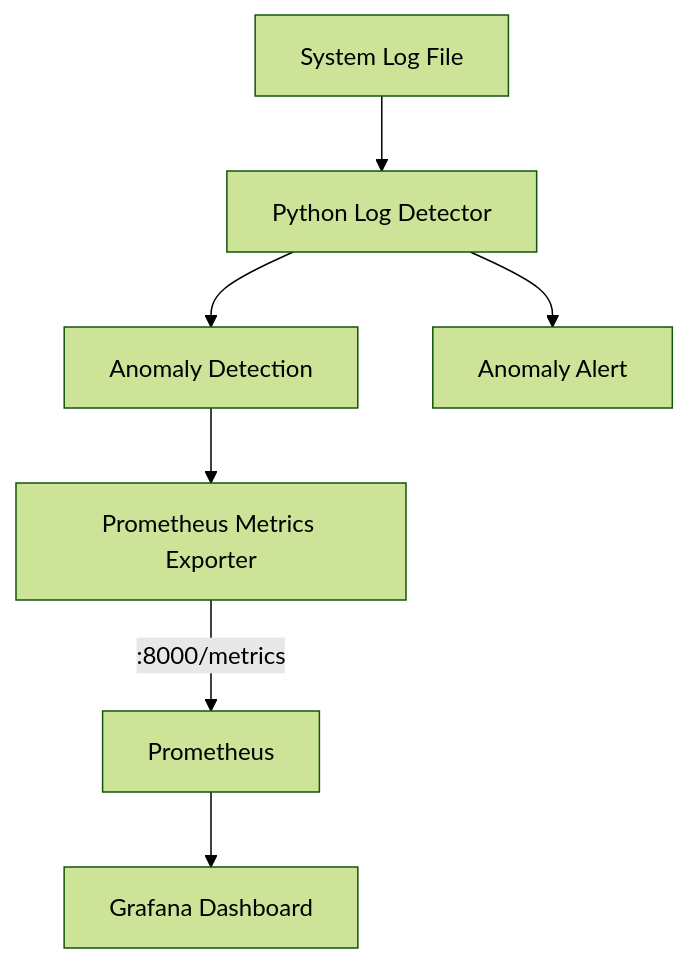
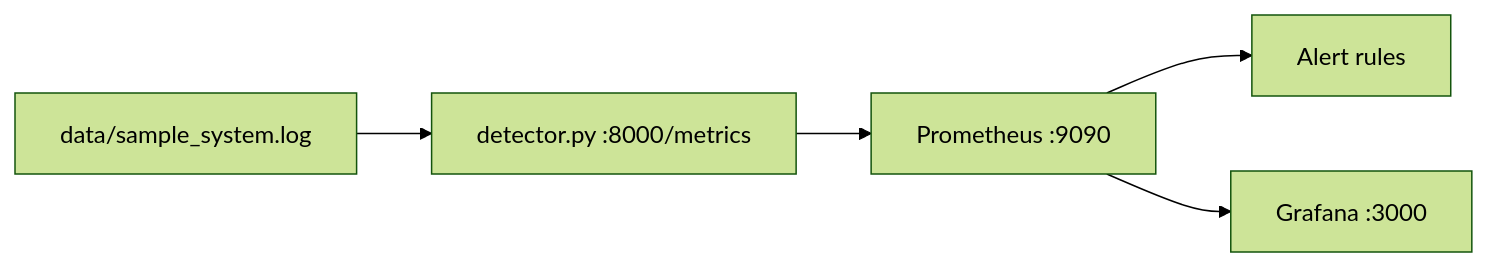
One commit to Danishwani1999/Advance_Log_Detector changed the diagram in README.md. Above: the diagram before and after it, drawn with Mermaid (forest theme). The commit also changed other lines of this file and 7 other files, not shown here.

Commit message:
feat: provisioned Grafana dashboard, alert rules, accurate README, LICENSE

````diff
--- a/README.md
+++ b/README.md
@@ -43,10 +14,7 @@
 ```mermaid
-flowchart TD
-    A[System Log File] --> B[Python Log Detector]
-    B --> C[Anomaly Detection]
-    C --> D[Prometheus Metrics Exporter]
-    D -->|:8000/metrics| E[Prometheus]
-    E --> F[Grafana Dashboard]
-
-    B --> G[Anomaly Alert]
+flowchart LR
+    A[data/sample_system.log] --> B[detector.py :8000/metrics]
+    B --> C[Prometheus :9090]
+    C --> D[Alert rules]
+    C --> E[Grafana :3000]
 ```
````
